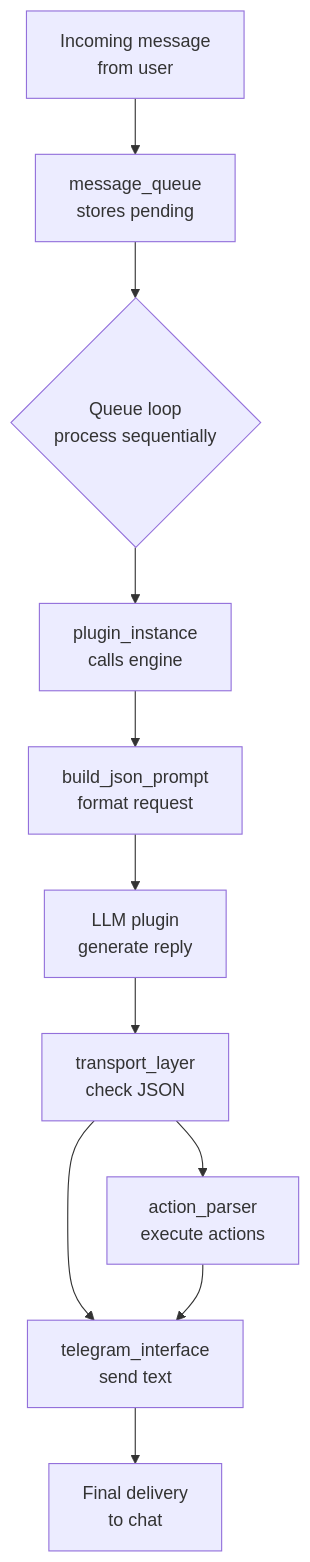
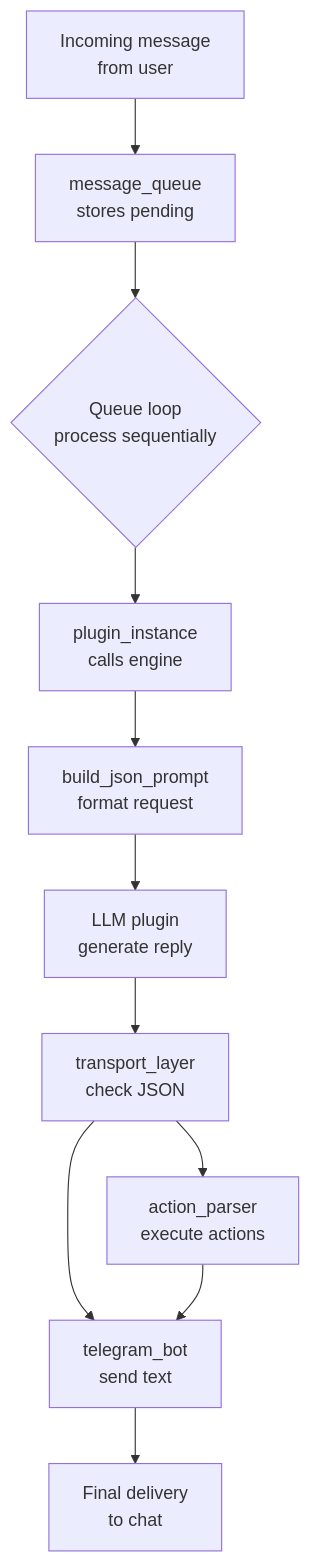
The diagram in README.md (XargonWan/Rekku_Freedom_Project), drawn with Mermaid before and after one commit. The commit also changed other lines of this file and 3 other files, not shown here.

Commit message:
refactor: rename telegram_interface to telegram_bot and update instructions

````diff
--- a/README.md
+++ b/README.md
@@ -77,13 +77,13 @@
 ```mermaid
 graph TD
     A[Incoming message<br/>from user] --> B[message_queue<br/>stores pending]
     B --> C{Queue loop<br/>process sequentially}
     C --> D[plugin_instance<br/>calls engine]
     D --> E[build_json_prompt<br/>format request]
     E --> F[LLM plugin<br/>generate reply]
     F --> G[transport_layer<br/>check JSON]
     G --> H[action_parser<br/>execute actions]
-    G --> I[telegram_interface<br/>send text]
+    G --> I[telegram_bot<br/>send text]
     H --> I
     I --> J[Final delivery<br/>to chat]
 ```
````
